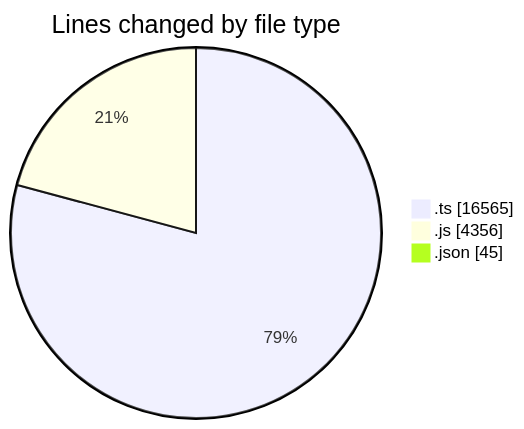
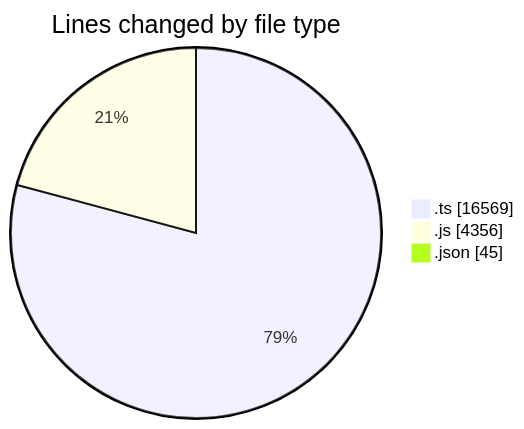
Before and after one commit to momahboobian/code-tracking: the first of 2 diagrams in 2025-07-29/cda/README.md, drawn with Mermaid. The commit also changed other lines of this file and 1 other file, not shown here.

````diff
--- a/2025-07-29/cda/README.md
+++ b/2025-07-29/cda/README.md
@@ -30,7 +30,7 @@
 ```mermaid
 pie showData
 title Lines changed by file type
-".ts" : 16565
+".ts" : 16569
 ".js" : 4356
 ".json" : 45
 ```
````
